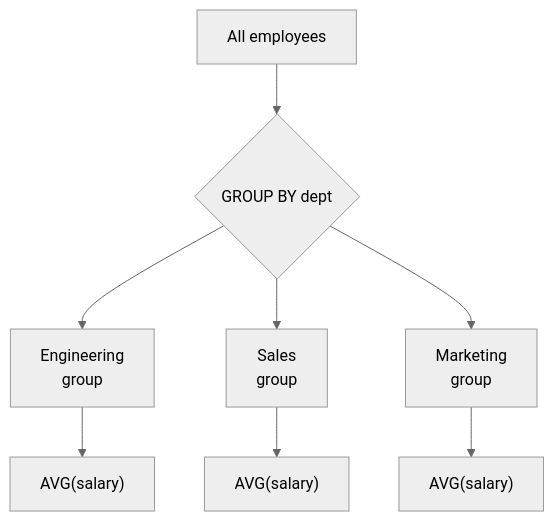
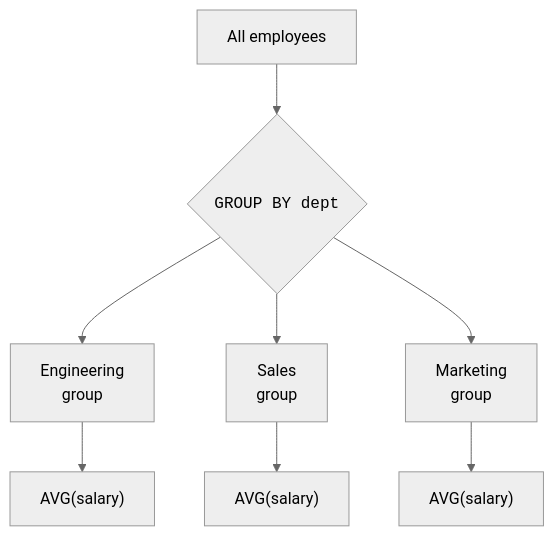
One commit to dataslope/dataslope changed the first of 3 diagrams in content/learn/intro-sql-postgres/grouping-data.mdx. Above: the diagram before and after it, drawn with Mermaid (neutral theme). The commit also changed other lines of this file and 56 other files, not shown here.

````diff
--- a/content/learn/intro-sql-postgres/grouping-data.mdx
+++ b/content/learn/intro-sql-postgres/grouping-data.mdx
@@ -18,10 +18,10 @@
 ```mermaid
 flowchart TB
-    All["All employees"] --> G{"GROUP BY dept"}
+    All["All employees"] --> G{"<code>GROUP BY dept</code>"}
     G --> E["Engineering<br/>group"]
     G --> S["Sales<br/>group"]
     G --> M["Marketing<br/>group"]
     E --> EA["AVG(salary)"]
     S --> SA["AVG(salary)"]
     M --> MA["AVG(salary)"]
 ```
````
